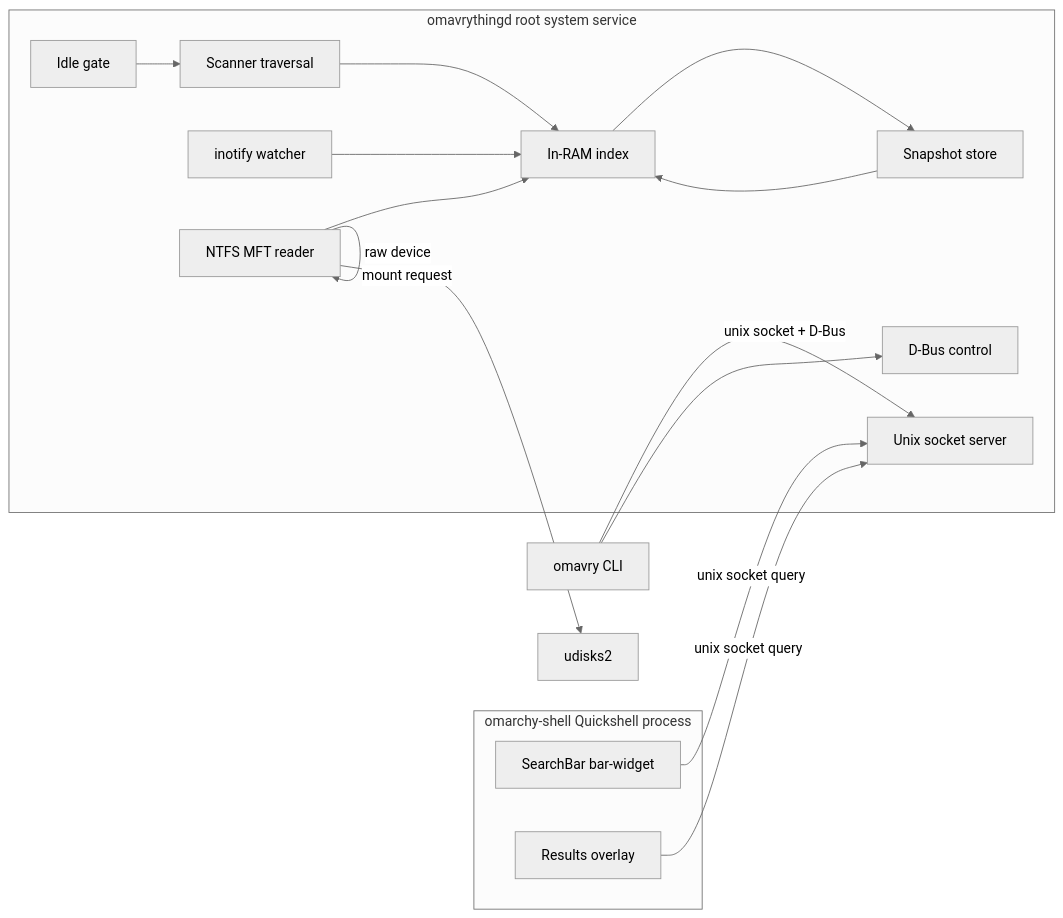
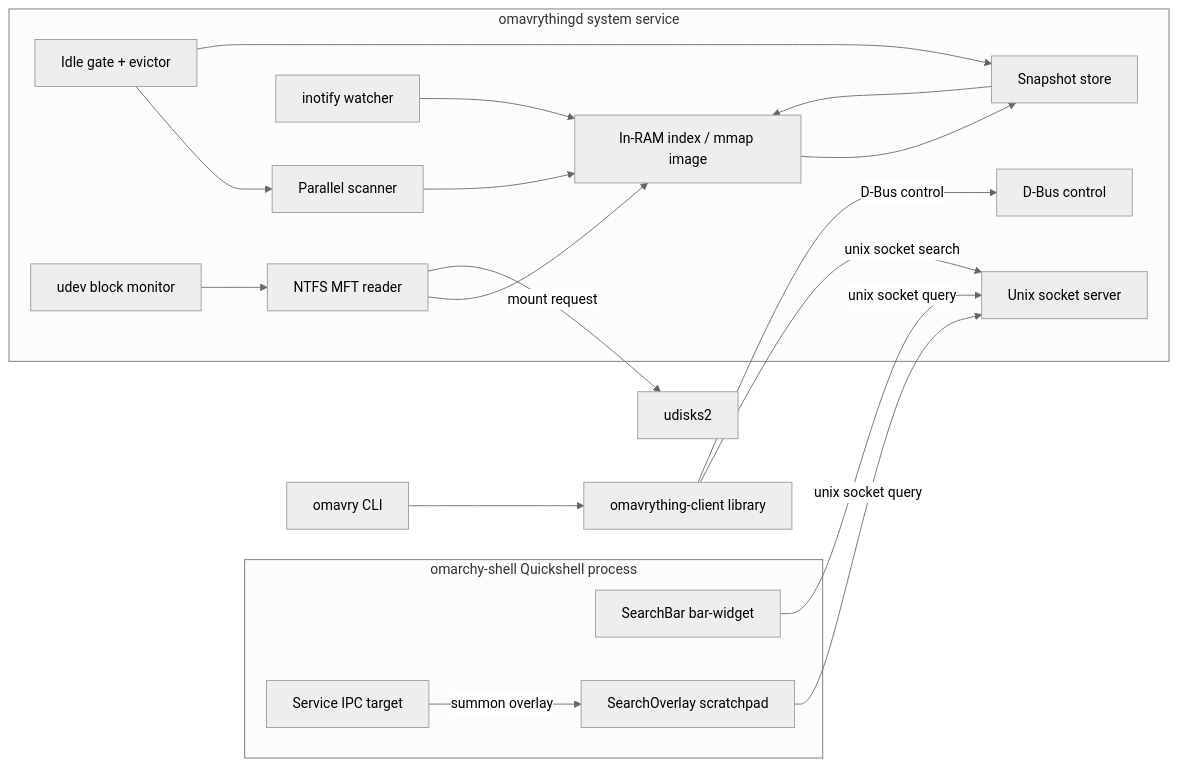
The first of 5 diagrams in docs/architecture.md (brrrassica/omavrything), drawn with Mermaid (neutral theme) before and after one commit. The commit also changed other lines of this file and 12 other files, not shown here.

````diff
--- a/docs/architecture.md
+++ b/docs/architecture.md
@@ -25,31 +31,37 @@
 ```mermaid
 flowchart LR
     subgraph Shell[omarchy-shell Quickshell process]
         BW[SearchBar bar-widget]
-        OV[Results overlay]
+        OV[SearchOverlay scratchpad]
+        SVC[Service IPC target]
     end
-    subgraph Daemon[omavrythingd root system service]
-        IDX[In-RAM index]
-        SCAN[Scanner traversal]
+    subgraph Daemon[omavrythingd system service]
+        IDX[In-RAM index / mmap image]
+        SCAN[Parallel scanner]
         INO[inotify watcher]
-        IDLE[Idle gate]
+        IDLE[Idle gate + evictor]
         NTFS[NTFS MFT reader]
         SNAP[Snapshot store]
         SOCK[Unix socket server]
         DBUS[D-Bus control]
+        UDEV[udev block monitor]
     end
     CLI[omavry CLI]
+    CLIENT[omavrything-client library]
     UDISKS[udisks2]
     BW -->|unix socket query| SOCK
     OV -->|unix socket query| SOCK
-    CLI -->|unix socket + D-Bus| SOCK
-    CLI --> DBUS
+    SVC -->|summon overlay| OV
+    CLI --> CLIENT
+    CLIENT -->|unix socket search| SOCK
+    CLIENT -->|D-Bus control| DBUS
     SCAN --> IDX
     INO --> IDX
     IDLE --> SCAN
+    IDLE --> SNAP
     NTFS --> IDX
     IDX --> SNAP
     SNAP --> IDX
-    NTFS -->|raw device| NTFS
+    UDEV --> NTFS
     NTFS -->|mount request| UDISKS
 ```
````
